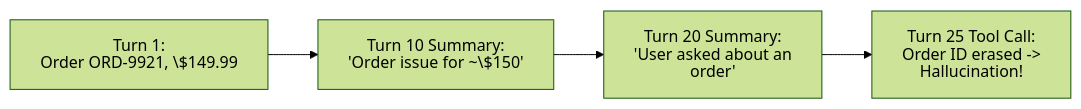
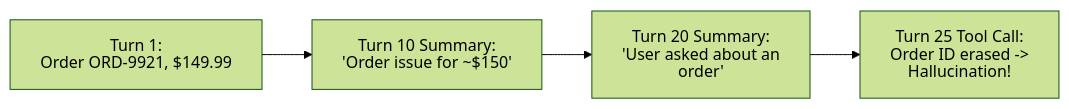
Before and after one commit to dip4k/claude_cert_architect_foundation_prep: the first of 2 diagrams in domain5/ts_5_1_context_preservation/README.md, drawn with Mermaid (forest theme). The commit also changed 56 other files, not shown here.

Commit message:
docs: improve beginner clarity, flow, Mermaid compliance across domains and expand EXAM_REFRESHER to all 30 TS

````diff
--- a/domain5/ts_5_1_context_preservation/README.md
+++ b/domain5/ts_5_1_context_preservation/README.md
@@ -42,10 +42,10 @@
 ```mermaid
 ---
 config:
   htmlLabels: false
 ---
 flowchart LR
-    Turn1["Turn 1:<br>Order ORD-9921, \$149.99"] --> Sum1["Turn 10 Summary:<br>'Order issue for ~\$150'"]
+    Turn1["Turn 1:<br>Order ORD-9921, $149.99"] --> Sum1["Turn 10 Summary:<br>'Order issue for ~$150'"]
     Sum1 --> Sum2["Turn 20 Summary:<br>'User asked about an order'"]
     Sum2 --> Failure["Turn 25 Tool Call:<br>Order ID erased -> Hallucination!"]
 ```
````
